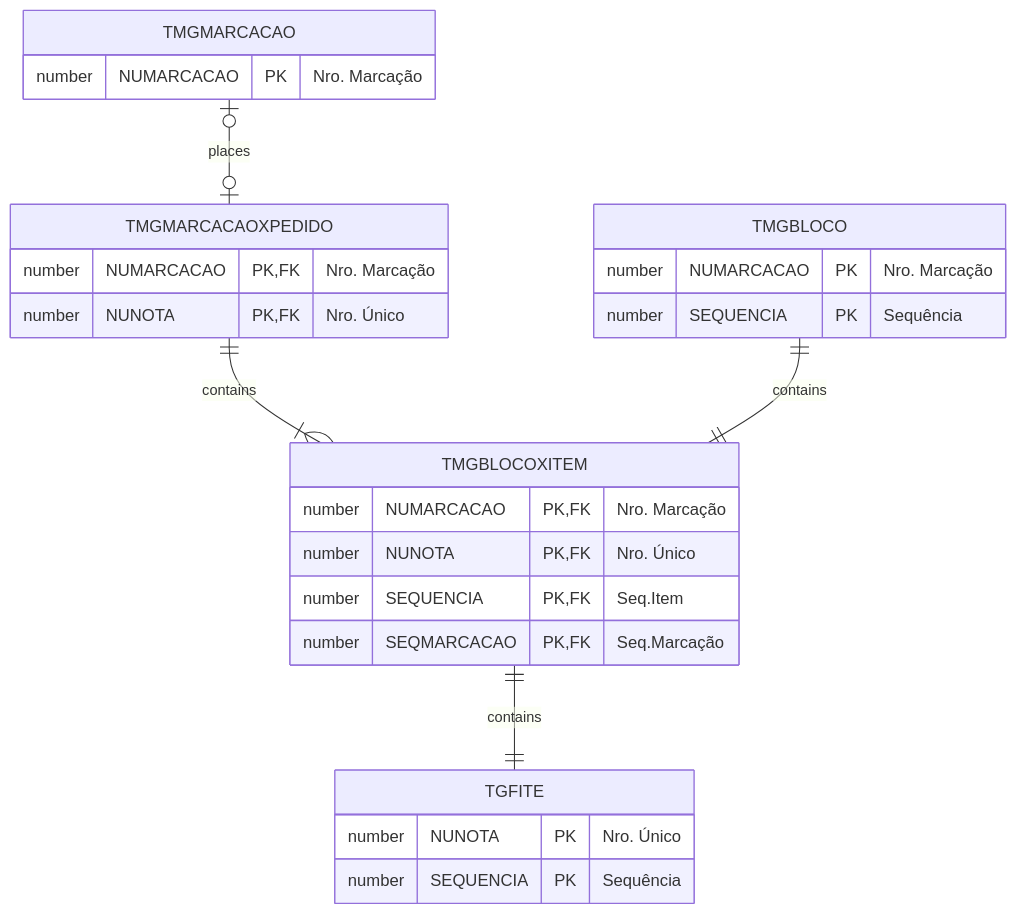
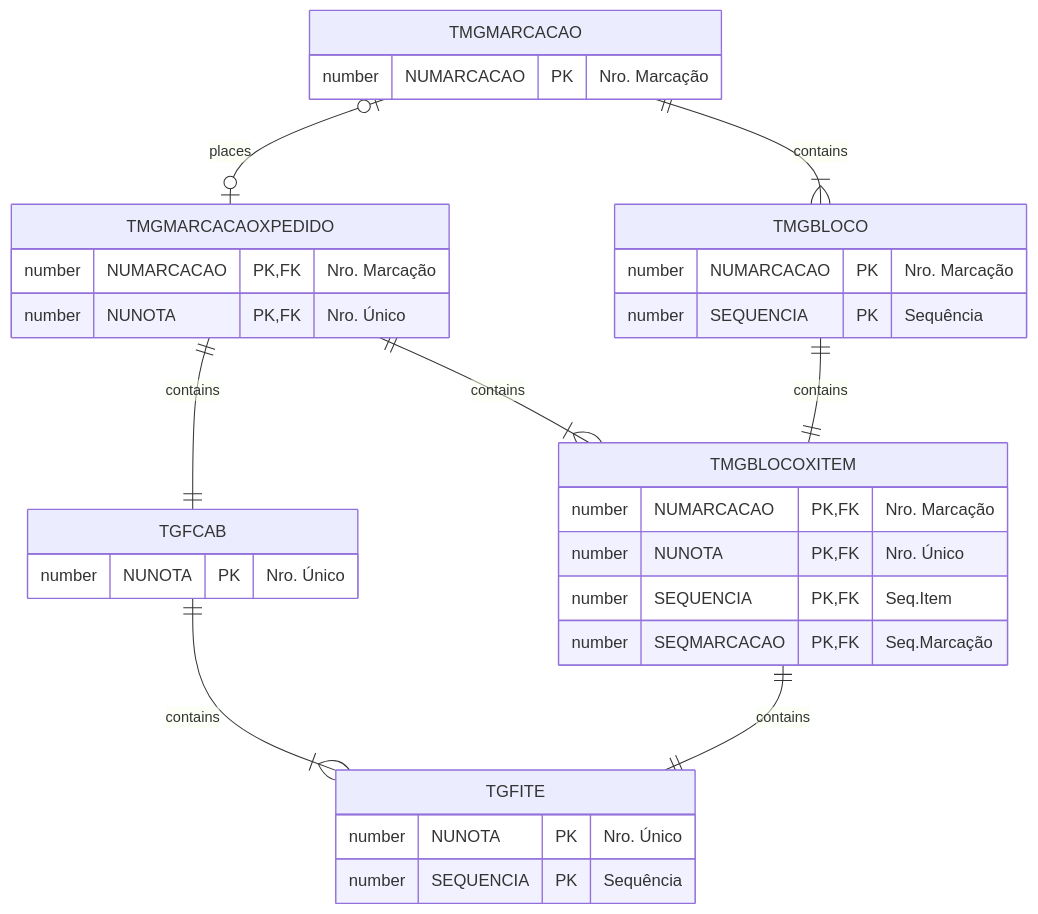
The diagram in docs/_database/TMGBLOCOXITEM.md (cbmsoft/margrandocs), drawn with Mermaid before and after one commit. The commit also changed other lines of this file and 11 other files, not shown here.

````diff
--- a/docs/_database/TMGBLOCOXITEM.md
+++ b/docs/_database/TMGBLOCOXITEM.md
@@ -21,29 +33,36 @@
 ```mermaid
 erDiagram
+    TMGMARCACAO ||--|{ TMGBLOCO : contains
     TMGMARCACAO o|--|o TMGMARCACAOXPEDIDO : places
+    TMGMARCACAOXPEDIDO ||--|| TGFCAB : contains
+    TGFCAB ||--|{ TGFITE : contains
     TMGMARCACAOXPEDIDO ||--|{ TMGBLOCOXITEM : contains
     TMGBLOCOXITEM ||--|| TGFITE : contains
     TMGBLOCO ||--|| TMGBLOCOXITEM : contains
 
+
     TMGMARCACAO {
         number NUMARCACAO PK "Nro. Marcação"
-	}
+    }
+    TMGBLOCO {
+        number NUMARCACAO PK "Nro. Marcação"
+        number SEQUENCIA PK "Sequência"
+    }
     TMGMARCACAOXPEDIDO {
         number NUMARCACAO PK,FK "Nro. Marcação"
         number NUNOTA PK,FK "Nro. Único"
     }
     TMGBLOCOXITEM {
         number NUMARCACAO PK,FK "Nro. Marcação"
         number NUNOTA PK,FK "Nro. Único"
         number SEQUENCIA PK,FK "Seq.Item"
         number SEQMARCACAO PK,FK "Seq.Marcação"
     }
-    TMGBLOCO {
-        number NUMARCACAO PK "Nro. Marcação"
-        number SEQUENCIA PK "Sequência"
+    TGFCAB {
+        number NUNOTA PK "Nro. Único"
     }
     TGFITE {
         number NUNOTA PK "Nro. Único"
         number SEQUENCIA PK "Sequência"
     }
 ```
````
